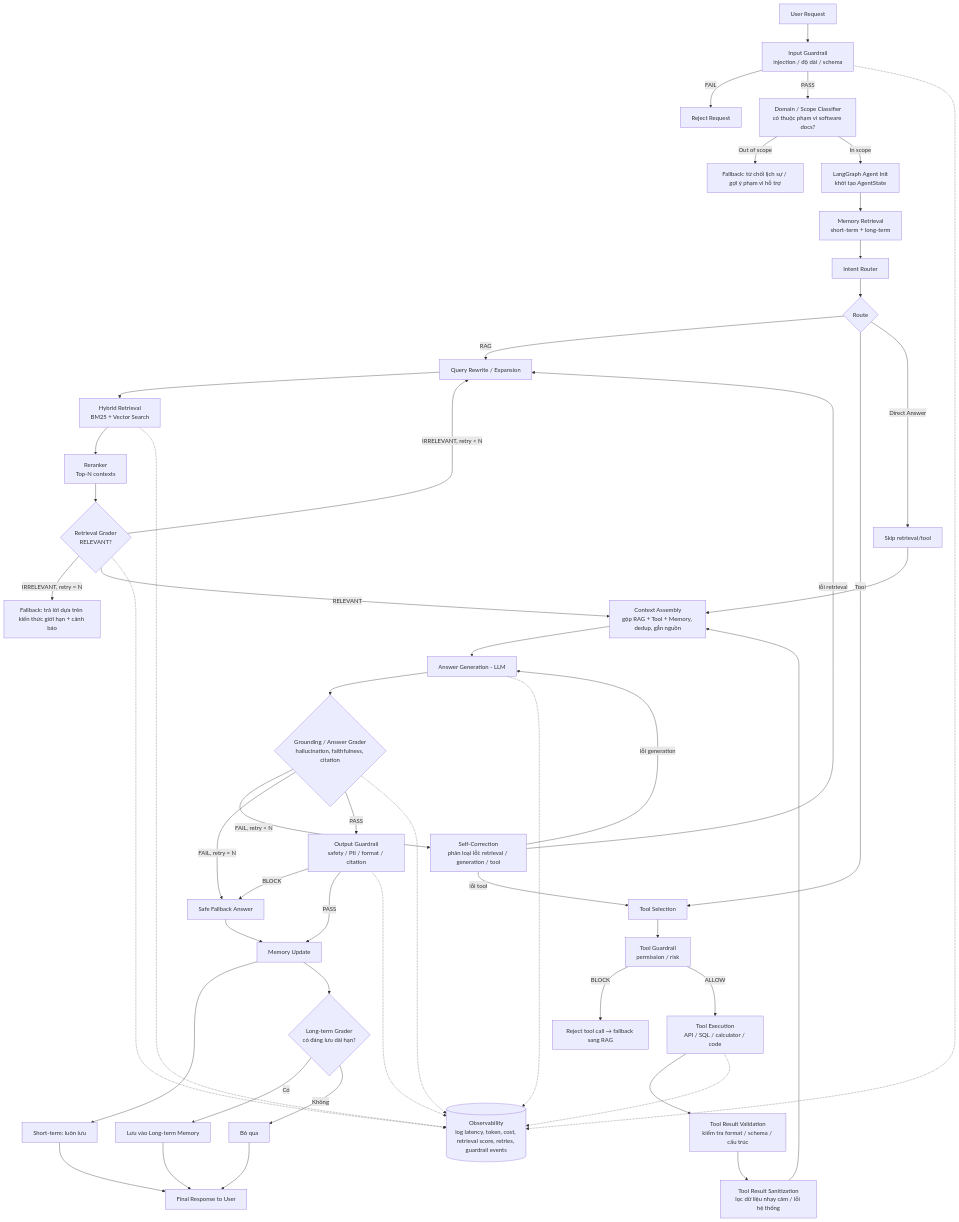
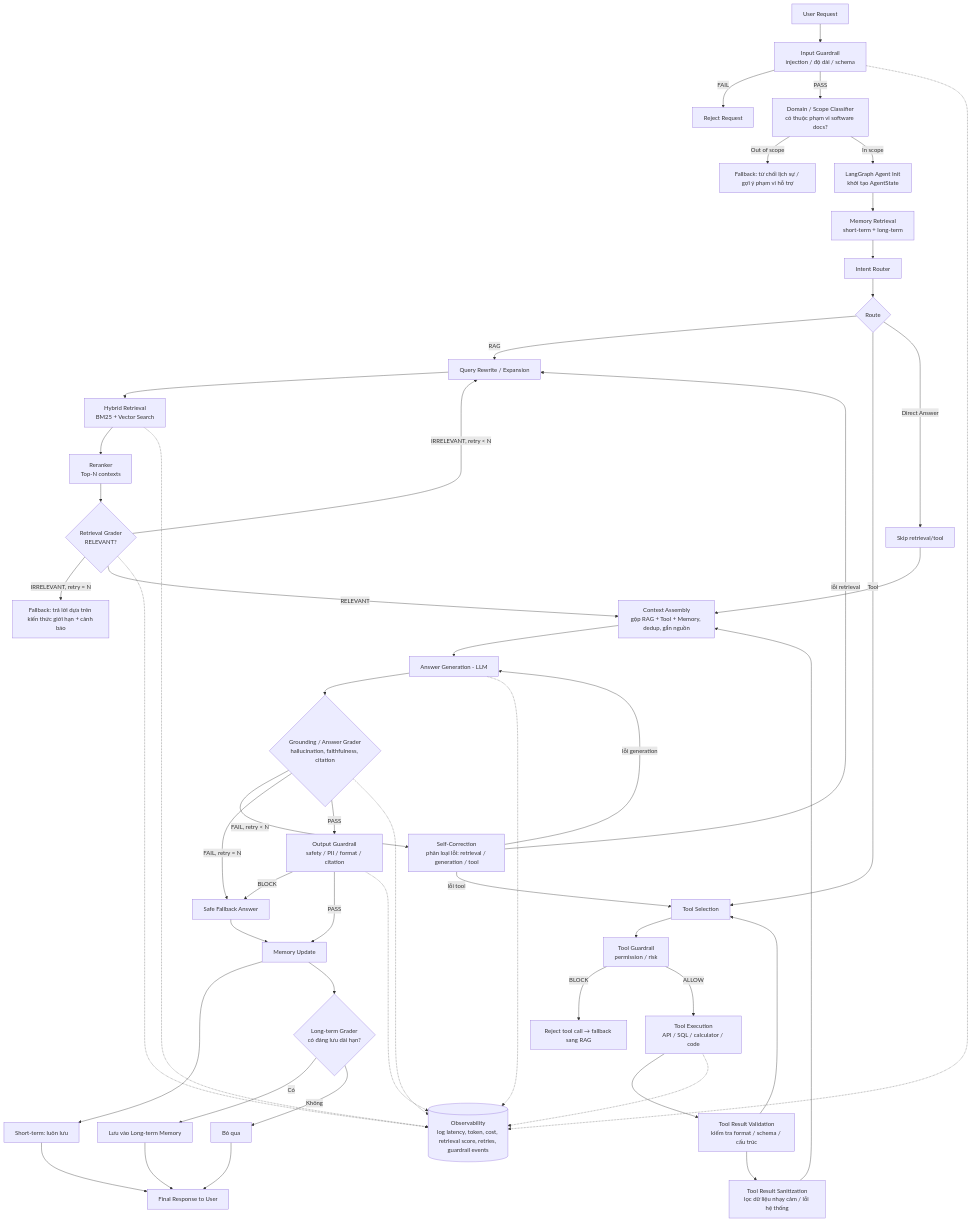
The diagram in docs/agentic_system_workflow.md (deckardLong/software-agentic-rag), drawn with Mermaid before and after one commit. The commit also changed other lines of this file, not shown here.

````diff
--- a/docs/agentic_system_workflow.md
+++ b/docs/agentic_system_workflow.md
@@ -19,67 +19,68 @@
 ```mermaid
 flowchart TD
     A[User Request] --> B[Input Guardrail<br/>injection / độ dài / schema]
     B -->|FAIL| B1[Reject Request]
     B -->|PASS| C[Domain / Scope Classifier<br/>có thuộc phạm vi software docs?]
     C -->|Out of scope| C1[Fallback: từ chối lịch sự / gợi ý phạm vi hỗ trợ]
     C -->|In scope| D[LangGraph Agent Init<br/>khởi tạo AgentState]
 
     D --> E[Memory Retrieval<br/>short-term + long-term]
     E --> F[Intent Router]
 
     F --> G{Route}
     G -->|RAG| H1[Query Rewrite / Expansion]
     G -->|Tool| H2[Tool Selection]
     G -->|Direct Answer| H3[Skip retrieval/tool]
 
     %% RAG branch
     H1 --> R1[Hybrid Retrieval<br/>BM25 + Vector Search]
     R1 --> R2[Reranker<br/>Top-N contexts]
     R2 --> R3{Retrieval Grader<br/>RELEVANT?}
     R3 -->|IRRELEVANT, retry < N| H1
     R3 -->|IRRELEVANT, retry = N| R4[Fallback: trả lời dựa trên kiến thức giới hạn + cảnh báo]
     R3 -->|RELEVANT| CTX
 
     %% Tool branch
     H2 --> T1[Tool Guardrail<br/>permission / risk]
     T1 -->|BLOCK| T1B[Reject tool call → fallback sang RAG]
     T1 -->|ALLOW| T2[Tool Execution<br/>API / SQL / calculator / code]
     T2 --> T3[Tool Result Validation<br/>kiểm tra format / schema / cấu trúc]
+    T3 --> H2
     T3 --> T4[Tool Result Sanitization<br/>lọc dữ liệu nhạy cảm / lỗi hệ thống]
     T4 --> CTX
 
     H3 --> CTX
 
     CTX[Context Assembly<br/>gộp RAG + Tool + Memory, dedup, gắn nguồn]
     CTX --> GEN[Answer Generation - LLM]
 
     GEN --> GR{Grounding / Answer Grader<br/>hallucination, faithfulness, citation}
     GR -->|FAIL, retry < N| SC[Self-Correction<br/>phân loại lỗi: retrieval / generation / tool]
     SC -->|lỗi retrieval| H1
     SC -->|lỗi tool| H2
     SC -->|lỗi generation| GEN
     GR -->|FAIL, retry = N| SAFE[Safe Fallback Answer]
     GR -->|PASS| OUT[Output Guardrail<br/>safety / PII / format / citation]
 
     OUT -->|BLOCK| SAFE
     OUT -->|PASS| MEM[Memory Update]
     SAFE --> MEM
 
     MEM --> MEM_S[Short-term: luôn lưu]
     MEM --> MEM_L{Long-term Grader<br/>có đáng lưu dài hạn?}
     MEM_L -->|Có| MEM_L1[Lưu vào Long-term Memory]
     MEM_L -->|Không| MEM_L2[Bỏ qua]
 
     MEM_S --> RESP[Final Response to User]
     MEM_L1 --> RESP
     MEM_L2 --> RESP
 
     OBS[(Observability<br/>log latency, token, cost, retrieval score, retries, guardrail events)]
     B -.-> OBS
     R1 -.-> OBS
     R3 -.-> OBS
     T2 -.-> OBS
     GEN -.-> OBS
     GR -.-> OBS
     OUT -.-> OBS
 ```
````
